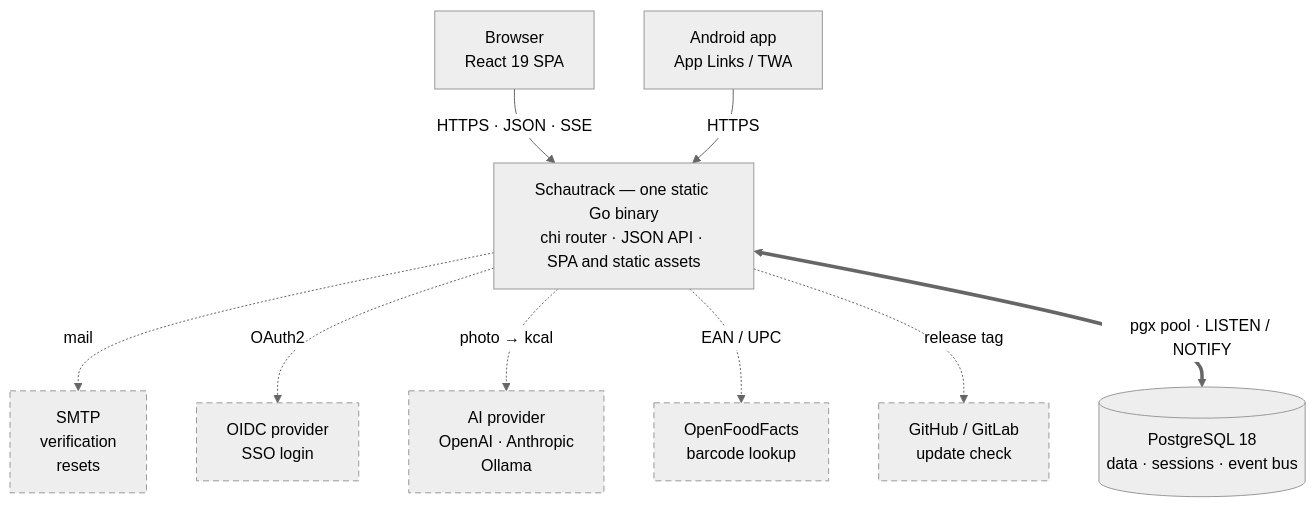
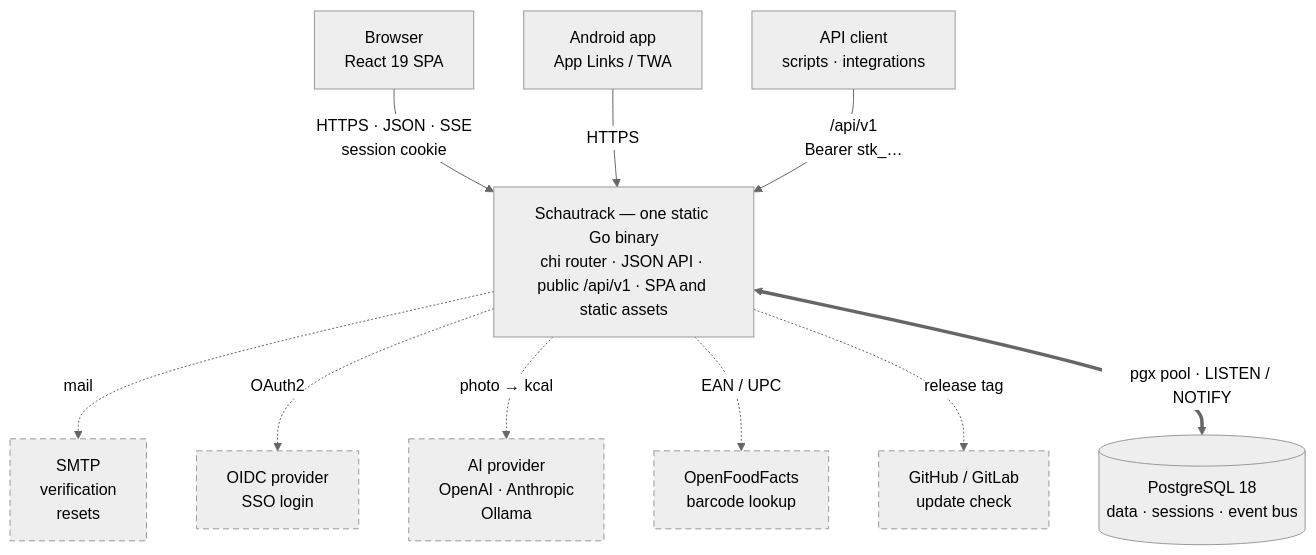
One commit to schaurian/schautrack changed the first of 8 diagrams in docs/architecture.md. Above: the diagram before and after it, drawn with Mermaid (neutral theme). The commit also changed other lines of this file, not shown here.

First line of the commit message:
docs(architecture): refresh for the public API, drop line citations

````diff
--- a/docs/architecture.md
+++ b/docs/architecture.md
@@ -27,29 +32,31 @@
 ```mermaid
 flowchart TB
     browser["Browser<br/>React 19 SPA"]
     android["Android app<br/>App Links / TWA"]
+    apiclient["API client<br/>scripts · integrations"]
 
-    app["Schautrack — one static Go binary<br/>chi router · JSON API · SPA and static assets"]
+    app["Schautrack — one static Go binary<br/>chi router · JSON API · public /api/v1 · SPA and static assets"]
 
     pg[("PostgreSQL 18<br/>data · sessions · event bus")]
 
     smtp["SMTP<br/>verification<br/>resets"]
     oidc["OIDC provider<br/>SSO login"]
     ai["AI provider<br/>OpenAI · Anthropic<br/>Ollama"]
     off["OpenFoodFacts<br/>barcode lookup"]
     rel["GitHub / GitLab<br/>update check"]
 
-    browser -->|"HTTPS · JSON · SSE"| app
+    browser -->|"HTTPS · JSON · SSE<br/>session cookie"| app
     android -->|"HTTPS"| app
+    apiclient -->|"/api/v1<br/>Bearer stk_…"| app
 
     app -.->|"mail"| smtp
     app -.->|"OAuth2"| oidc
     app -.->|"photo → kcal"| ai
     app -.->|"EAN / UPC"| off
     app -.->|"release tag"| rel
 
     app <==>|"pgx pool · LISTEN / NOTIFY"| pg
 
     classDef optional stroke-dasharray: 6 4
     class smtp,oidc,ai,off,rel optional
 ```
````
